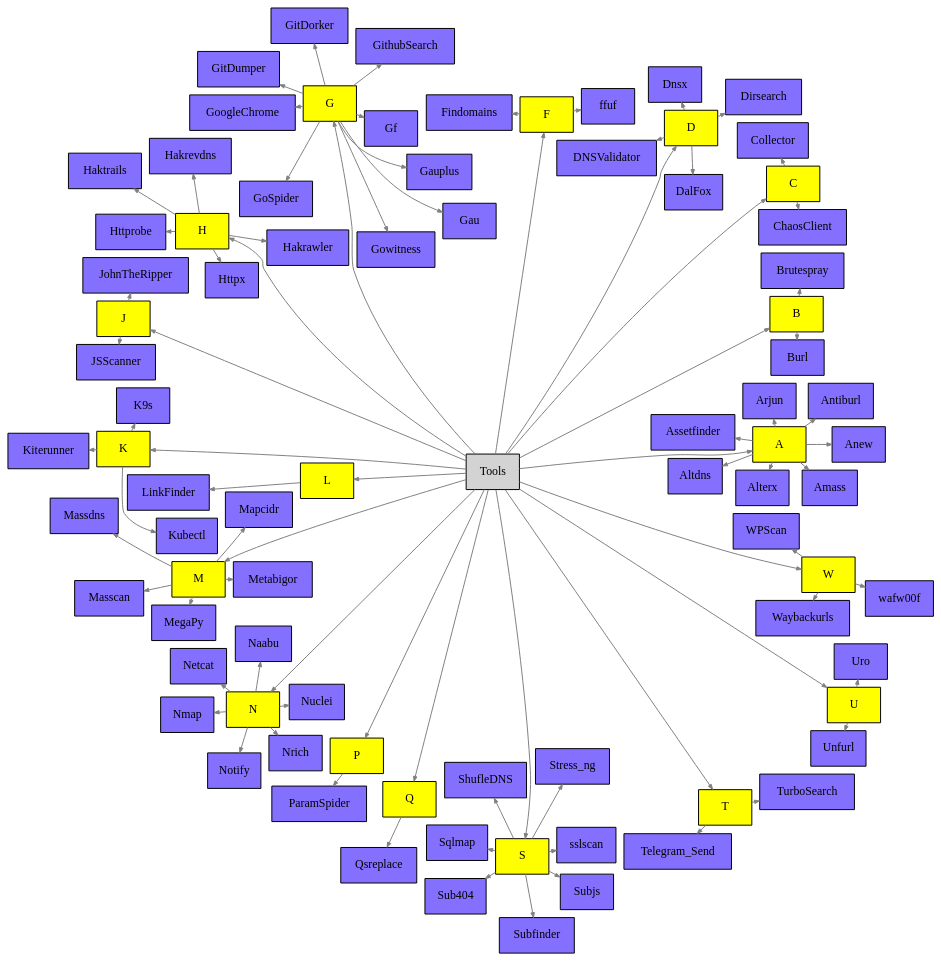
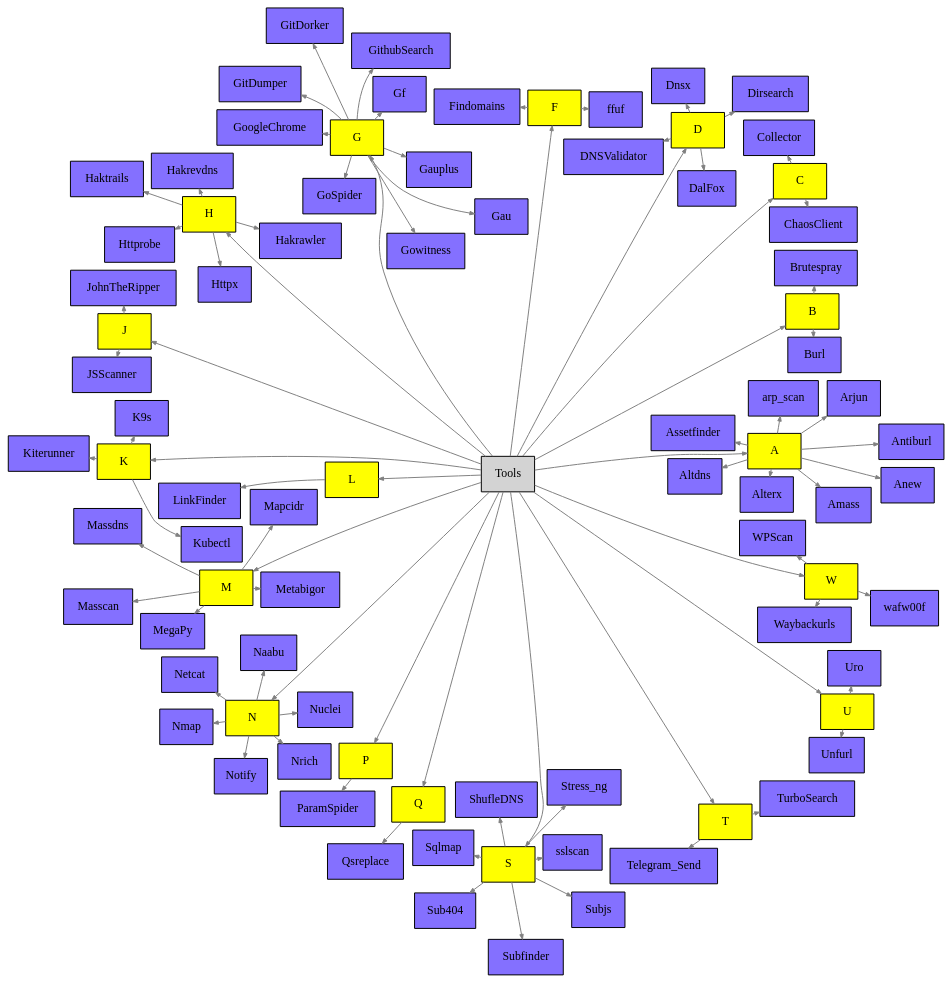
Before and after one commit to 0xtiago/HackerWhale: the diagram in assets/tools.dot, drawn with Graphviz. The commit also changed 3 other files, not shown here.

Commit message:
arp-scan

```diff
--- a/assets/tools.dot
+++ b/assets/tools.dot
@@ -1,127 +1,128 @@
 digraph G {
     layout=circo;
     bgcolor="transparent";
     node [shape=box, fontsize=12, style=filled];
     graph [overlap=false, splines=true, fontname=Helvetica, fontsize=10];
     edge [color=grey, arrowsize=0.5];
     Tools -> {
         A [fillcolor=yellow];
         B [fillcolor=yellow];
         C [fillcolor=yellow];
         D [fillcolor=yellow];
         F [fillcolor=yellow];
         G [fillcolor=yellow];
         H [fillcolor=yellow];
         J [fillcolor=yellow];
         K [fillcolor=yellow];
         L [fillcolor=yellow];
         M [fillcolor=yellow];
         N [fillcolor=yellow];
         P [fillcolor=yellow];
         Q [fillcolor=yellow];
         S [fillcolor=yellow];
         T [fillcolor=yellow];
         U [fillcolor=yellow];
         W [fillcolor=yellow];
     };
     A -> {
         Altdns [fillcolor=lightslateblue];
         Alterx [fillcolor=lightslateblue];
         Amass [fillcolor=lightslateblue];
         Anew [fillcolor=lightslateblue];
         Antiburl [fillcolor=lightslateblue];
         Arjun [fillcolor=lightslateblue];
+        arp_scan [fillcolor=lightslateblue];
         Assetfinder [fillcolor=lightslateblue];
     };
     B -> {
         Burl [fillcolor=lightslateblue];
         Brutespray [fillcolor=lightslateblue];
     };
     C -> {
         ChaosClient [fillcolor=lightslateblue];
         Collector [fillcolor=lightslateblue];
     };
     D -> {
         DalFox [fillcolor=lightslateblue];
         Dirsearch [fillcolor=lightslateblue];
         Dnsx [fillcolor=lightslateblue];
         DNSValidator [fillcolor=lightslateblue];
     };
     F -> {
         ffuf [fillcolor=lightslateblue];
         Findomains [fillcolor=lightslateblue];
     };
     G -> {
         Gau [fillcolor=lightslateblue];
         Gauplus [fillcolor=lightslateblue];
         Gf [fillcolor=lightslateblue];
         GithubSearch [fillcolor=lightslateblue];
         GitDorker [fillcolor=lightslateblue];
         GitDumper [fillcolor=lightslateblue];
         GoogleChrome [fillcolor=lightslateblue];
         GoSpider [fillcolor=lightslateblue];
         Gowitness [fillcolor=lightslateblue];
     };
     H -> {
         Hakrawler [fillcolor=lightslateblue];
         Hakrevdns [fillcolor=lightslateblue];
         Haktrails [fillcolor=lightslateblue];
         Httprobe [fillcolor=lightslateblue];
         Httpx [fillcolor=lightslateblue];
     };
     J -> {
         JohnTheRipper [fillcolor=lightslateblue];
         JSScanner [fillcolor=lightslateblue];
     };
     K -> {
         K9s [fillcolor=lightslateblue];
         Kiterunner [fillcolor=lightslateblue];
         Kubectl [fillcolor=lightslateblue];
     };
     L -> {
         LinkFinder [fillcolor=lightslateblue];
     };
     M -> {
         Mapcidr [fillcolor=lightslateblue];
         Massdns [fillcolor=lightslateblue];
         Masscan [fillcolor=lightslateblue];
         MegaPy [fillcolor=lightslateblue];
         Metabigor [fillcolor=lightslateblue];
     };
     N -> {
         Naabu [fillcolor=lightslateblue];
         Netcat [fillcolor=lightslateblue];
         Nmap [fillcolor=lightslateblue];
         Notify [fillcolor=lightslateblue];
         Nrich [fillcolor=lightslateblue];
         Nuclei [fillcolor=lightslateblue];
     };
     P -> {
         ParamSpider [fillcolor=lightslateblue];
     };
     Q -> {
         Qsreplace [fillcolor=lightslateblue];
     };
     S -> {
         ShufleDNS [fillcolor=lightslateblue];
         Sqlmap [fillcolor=lightslateblue];
         Sub404 [fillcolor=lightslateblue];
         Subfinder [fillcolor=lightslateblue];
         Subjs [fillcolor=lightslateblue];
         sslscan [fillcolor=lightslateblue];
         Stress_ng [fillcolor=lightslateblue];
     };
     T -> {
         Telegram_Send [fillcolor=lightslateblue];
         TurboSearch [fillcolor=lightslateblue];
     };
     U -> {
         Unfurl [fillcolor=lightslateblue];
         Uro [fillcolor=lightslateblue];
     };
     W -> {
         Waybackurls [fillcolor=lightslateblue];
         wafw00f [fillcolor=lightslateblue];
         WPScan [fillcolor=lightslateblue];
     };
 }
```
